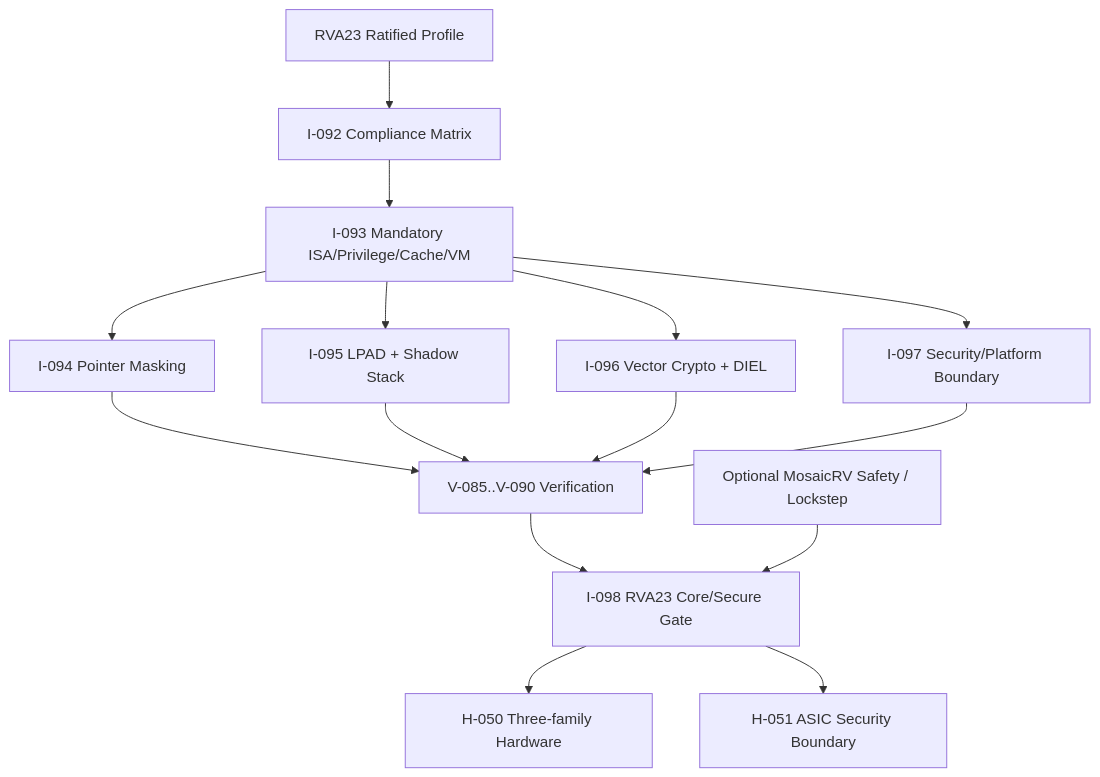
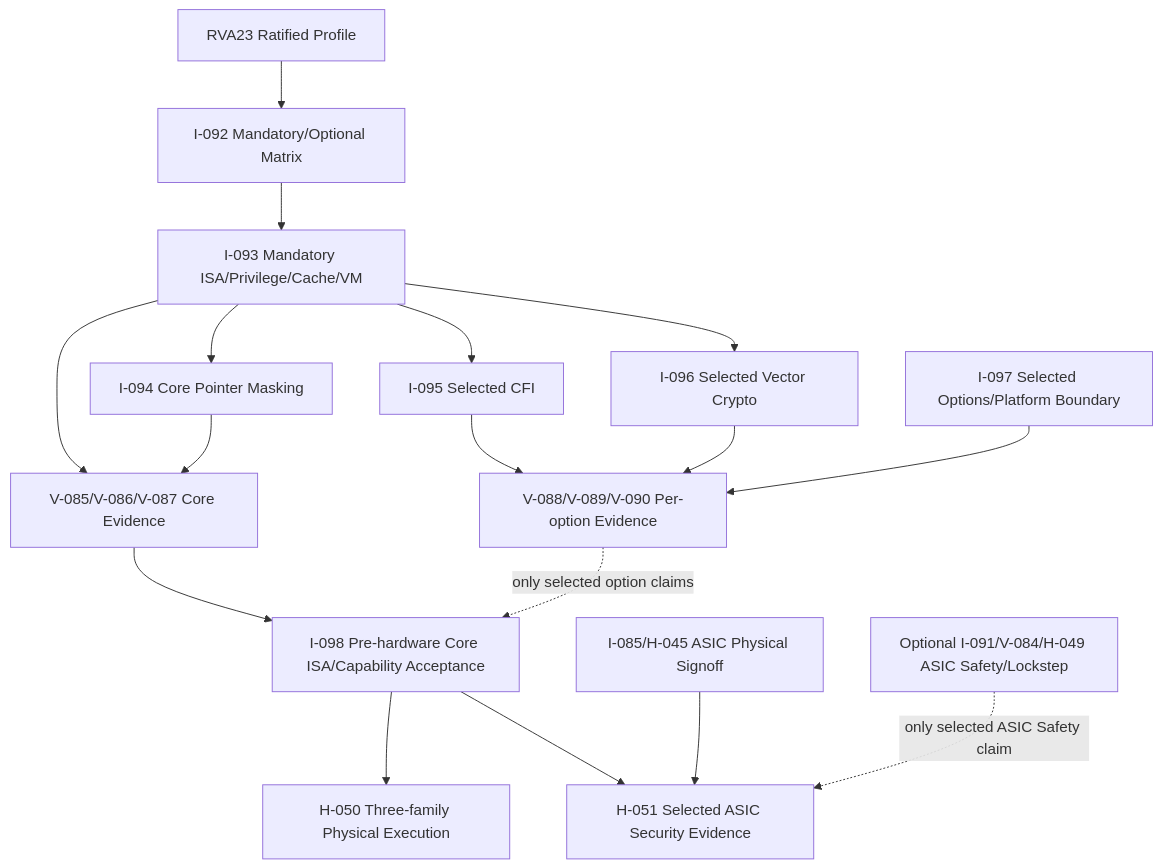
One commit to BaiTian6641/MosaicRV changed the diagram in docs/stage-10-rva23-security.md. Above: the diagram before and after it, drawn with Mermaid. The commit also changed other lines of this file and 10 other files, not shown here.

Commit message:
Plan complete RVA23 support for MosaicRV

````diff
--- a/docs/stage-10-rva23-security.md
+++ b/docs/stage-10-rva23-security.md
@@ -18,17 +18,19 @@
 ```mermaid
 flowchart TD
-  ISA[RVA23 Ratified Profile] --> MATRIX[I-092 Compliance Matrix]
+  ISA[RVA23 Ratified Profile] --> MATRIX[I-092 Mandatory/Optional Matrix]
   MATRIX --> CORE[I-093 Mandatory ISA/Privilege/Cache/VM]
-  CORE --> PM[I-094 Pointer Masking]
-  CORE --> CFI[I-095 LPAD + Shadow Stack]
-  CORE --> VCRYPT[I-096 Vector Crypto + DIEL]
-  CORE --> PLATFORM[I-097 Security/Platform Boundary]
-  PM --> VERIFY[V-085..V-090 Verification]
-  CFI --> VERIFY
-  VCRYPT --> VERIFY
-  PLATFORM --> VERIFY
-  VERIFY --> GATE[I-098 RVA23 Core/Secure Gate]
-  GATE --> FPGA[H-050 Three-family Hardware]
-  GATE --> ASIC[H-051 ASIC Security Boundary]
-  LOCK[Optional MosaicRV Safety / Lockstep] --> GATE
+  CORE --> PM[I-094 Core Pointer Masking]
+  CORE --> VCORE[V-085/V-086/V-087 Core Evidence]
+  PM --> VCORE
+  VCORE --> GATE[I-098 Pre-hardware Core ISA/Capability Acceptance]
+  CORE --> CFI[I-095 Selected CFI]
+  CORE --> VCRYPT[I-096 Selected Vector Crypto]
+  CFI --> VSEC[V-088/V-089/V-090 Per-option Evidence]
+  VCRYPT --> VSEC
+  PLATFORM[I-097 Selected Options/Platform Boundary] --> VSEC
+  VSEC -. only selected option claims .-> GATE
+  GATE --> FPGA[H-050 Three-family Physical Execution]
+  GATE --> ASIC[H-051 Selected ASIC Security Evidence]
+  PHYS[I-085/H-045 ASIC Physical Signoff] --> ASIC
+  LOCK[Optional I-091/V-084/H-049 ASIC Safety/Lockstep] -. only selected ASIC Safety claim .-> ASIC
 ```
````
